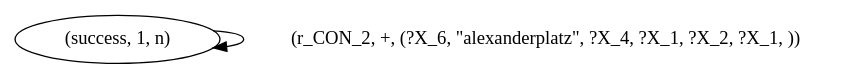
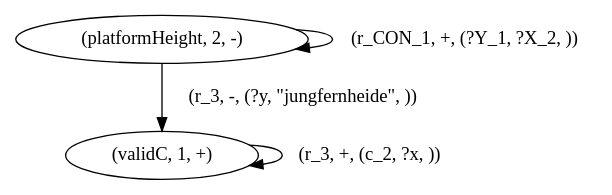
The diagram in mtf_EXP_20781/debug/pre_verify_reduced_adg.dot (Leo-Aus-Berlin/nemo-metamorphic-testing), drawn with Graphviz before and after one commit. The commit also changed 87 other files, not shown here.

```diff
--- a/mtf_EXP_20781/debug/pre_verify_reduced_adg.dot
+++ b/mtf_EXP_20781/debug/pre_verify_reduced_adg.dot
@@ -1,4 +1,7 @@
 digraph {
-    8 [ label = "(success, 1, n)" ]
-    8 -> 8 [ label = "(r_CON_2, +, (?X_6, \"alexanderplatz\", ?X_4, ?X_1, ?X_2, ?X_1, ))" ]
+    6 [ label = "(platformHeight, 2, -)" ]
+    10 [ label = "(validC, 1, +)" ]
+    10 -> 10 [ label = "(r_3, +, (c_2, ?x, ))" ]
+    6 -> 6 [ label = "(r_CON_1, +, (?Y_1, ?X_2, ))" ]
+    6 -> 10 [ label = "(r_3, -, (?y, \"jungfernheide\", ))" ]
 }
```
